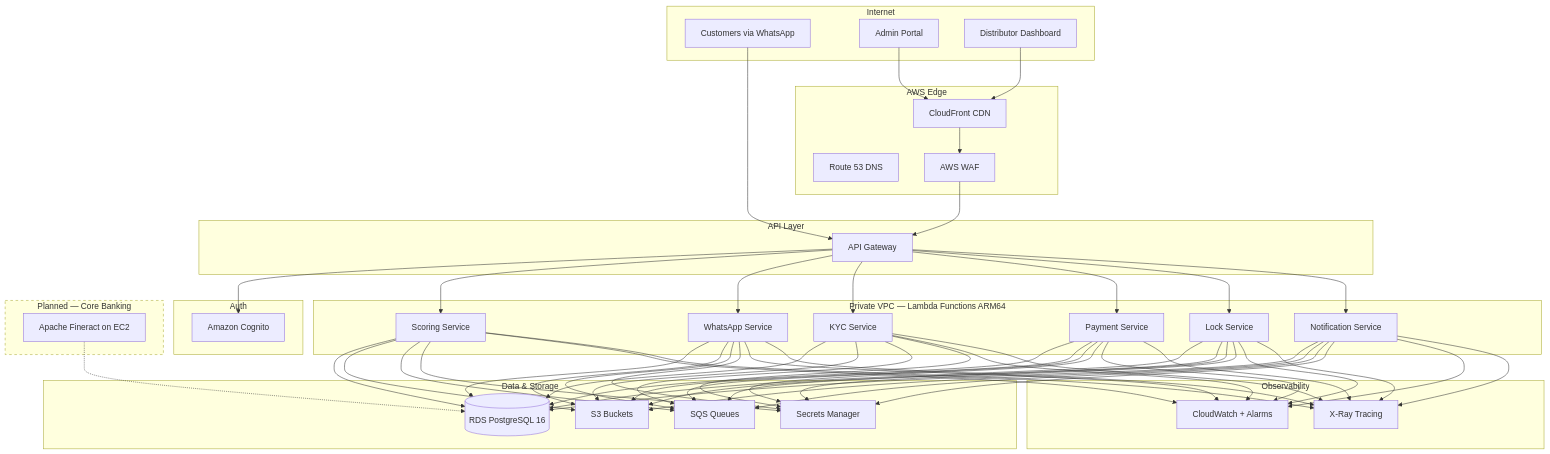
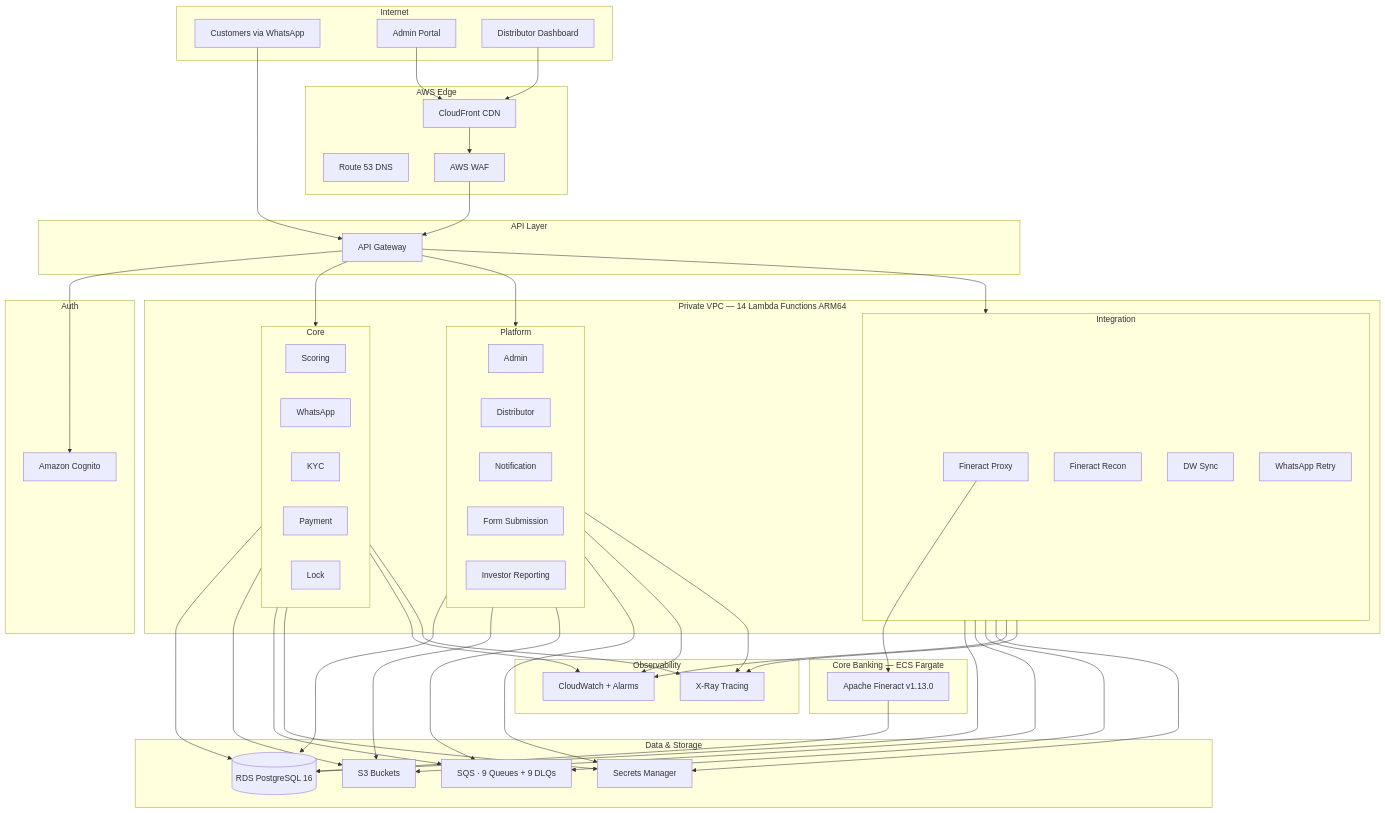
Before and after one commit to 1terr/Lynia-finance: the diagram in README.md, drawn with Mermaid. The commit also changed other lines of this file and 3 other files, not shown here.

````diff
--- a/README.md
+++ b/README.md
@@ -39,63 +39,72 @@
 ```mermaid
 graph TB
     subgraph Internet
         WA[Customers via WhatsApp]
         Admin[Admin Portal]
         Distrib[Distributor Dashboard]
     end
 
     subgraph Edge["AWS Edge"]
         R53[Route 53 DNS]
         CF[CloudFront CDN]
         WAF[AWS WAF]
     end
 
     subgraph Auth
         Cognito[Amazon Cognito]
     end
 
     subgraph API["API Layer"]
         APIGW[API Gateway]
     end
 
-    subgraph Compute["Private VPC — Lambda Functions ARM64"]
-        Scoring[Scoring Service]
-        WhatsAppSvc[WhatsApp Service]
-        KYC[KYC Service]
-        Payment[Payment Service]
-        Lock[Lock Service]
-        Notification[Notification Service]
+    subgraph VPC["Private VPC — 14 Lambda Functions ARM64"]
+        subgraph Core["Core"]
+            Scoring[Scoring]
+            WhatsAppSvc[WhatsApp]
+            KYC[KYC]
+            Payment[Payment]
+            Lock[Lock]
+        end
+        subgraph Platform["Platform"]
+            AdminSvc[Admin]
+            DistribSvc[Distributor]
+            Notification[Notification]
+            FormSub[Form Submission]
+            InvestorRpt[Investor Reporting]
+        end
+        subgraph Integration["Integration"]
+            FineractProxy[Fineract Proxy]
+            FineractRecon[Fineract Recon]
+            DWSync[DW Sync]
+            WARetry[WhatsApp Retry]
+        end
+    end
+
+    subgraph CoreBanking["Core Banking — ECS Fargate"]
+        Fineract[Apache Fineract v1.13.0]
     end
 
     subgraph Data["Data & Storage"]
         RDS[(RDS PostgreSQL 16)]
         S3[S3 Buckets]
-        SQS[SQS Queues]
+        SQS[SQS · 9 Queues + 9 DLQs]
         SM[Secrets Manager]
-    end
-
-    subgraph Planned["Planned — Core Banking"]
-        Fineract[Apache Fineract on EC2]
     end
 
     subgraph Observability
         CW[CloudWatch + Alarms]
         XRay[X-Ray Tracing]
     end
 
     WA --> APIGW
     Admin --> CF
     Distrib --> CF
     CF --> WAF --> APIGW
     APIGW --> Cognito
-    APIGW --> Scoring & WhatsAppSvc & KYC & Payment & Lock & Notification
-    Scoring & WhatsAppSvc & KYC & Payment & Lock & Notification --> RDS
-    Scoring & WhatsAppSvc & KYC & Payment & Lock & Notification --> S3
-    Scoring & WhatsAppSvc & KYC & Payment & Lock & Notification --> SQS
-    Scoring & WhatsAppSvc & KYC & Payment & Lock & Notification --> SM
-    Scoring & WhatsAppSvc & KYC & Payment & Lock & Notification --> CW
-    Scoring & WhatsAppSvc & KYC & Payment & Lock & Notification --> XRay
-    Fineract -.-> RDS
-
-    style Planned stroke-dasharray: 5 5
+    APIGW --> Core & Platform & Integration
+    Core & Platform & Integration --> RDS & S3 & SQS & SM
+    FineractProxy --> Fineract
+    Fineract --> RDS
+    Core & Platform & Integration --> CW & XRay
 ```
````
